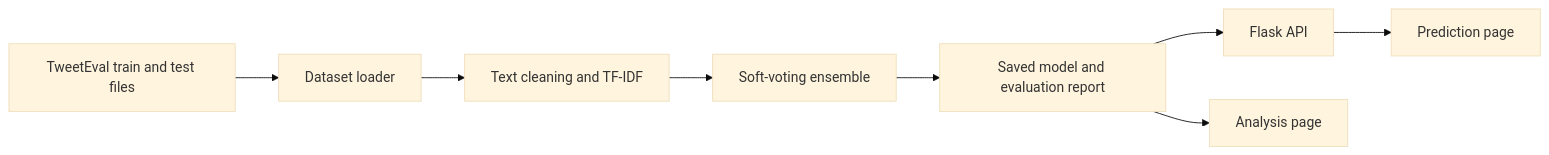
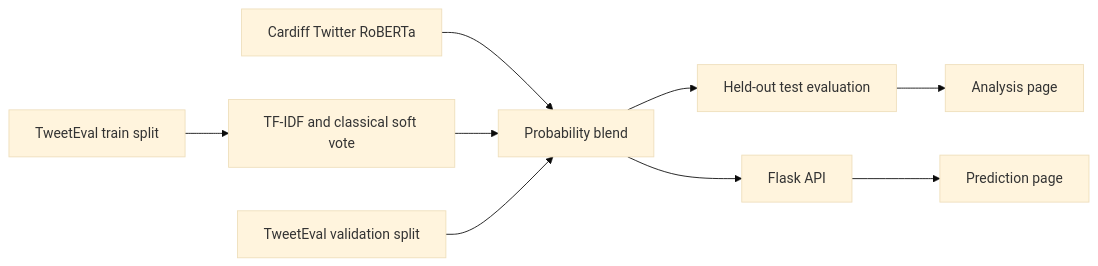
Before and after one commit to Anand649/tweetsense-sentiment-ensemble: the diagram in docs/PROJECT_GUIDE.md, drawn with Mermaid (base theme). The commit also changed other lines of this file and 14 other files, not shown here.

Commit message:
Improve tweet sentiment with validated Twitter ensemble

````diff
--- a/docs/PROJECT_GUIDE.md
+++ b/docs/PROJECT_GUIDE.md
@@ -18,10 +18,11 @@
 ```mermaid
 flowchart LR
-    A[TweetEval train and test files] --> B[Dataset loader]
-    B --> C[Text cleaning and TF-IDF]
-    C --> D[Soft-voting ensemble]
-    D --> E[Saved model and evaluation report]
-    E --> F[Flask API]
+    A[TweetEval train split] --> B[TF-IDF and classical soft vote]
+    C[Cardiff Twitter RoBERTa] --> D[Probability blend]
+    B --> D
+    V[TweetEval validation split] --> D
+    D --> E[Held-out test evaluation]
+    D --> F[Flask API]
     F --> G[Prediction page]
     E --> H[Analysis page]
 ```
````
